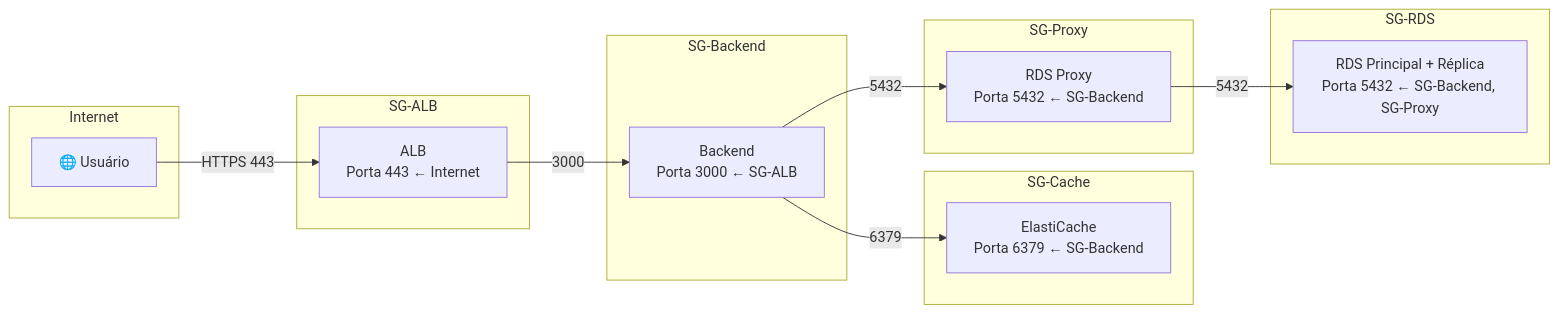
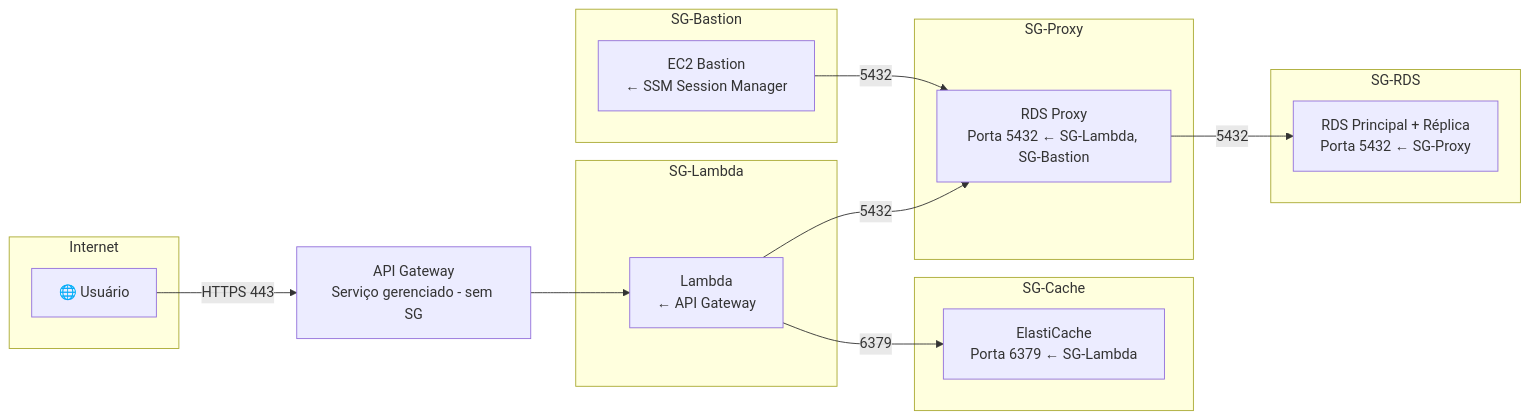
One commit to luizinhesta/Amazon_RDS_e_AWS_Backup changed the fourth of 4 diagrams in ARQUITETURA.md. Above: the diagram before and after it, drawn with Mermaid. The commit also changed other lines of this file and 8 other files, not shown here.

````diff
--- a/ARQUITETURA.md
+++ b/ARQUITETURA.md
@@ -254,32 +265,35 @@
 ```mermaid
 graph LR
     subgraph Internet
         User[🌐 Usuário]
     end
 
-    subgraph SG_ALB["SG-ALB"]
-        ALB[ALB<br/>Porta 443 ← Internet]
+    APIGW[API Gateway<br/>Serviço gerenciado - sem SG]
+
+    subgraph SG_Lambda["SG-Lambda"]
+        Lambda[Lambda<br/>← API Gateway]
     end
 
-    subgraph SG_Backend["SG-Backend"]
-        App[Backend<br/>Porta 3000 ← SG-ALB]
+    subgraph SG_Bastion["SG-Bastion"]
+        Bastion[EC2 Bastion<br/>← SSM Session Manager]
     end
 
     subgraph SG_Cache["SG-Cache"]
-        Redis[ElastiCache<br/>Porta 6379 ← SG-Backend]
+        Redis[ElastiCache<br/>Porta 6379 ← SG-Lambda]
     end
 
     subgraph SG_Proxy["SG-Proxy"]
-        Proxy[RDS Proxy<br/>Porta 5432 ← SG-Backend]
+        Proxy[RDS Proxy<br/>Porta 5432 ← SG-Lambda, SG-Bastion]
     end
 
     subgraph SG_RDS["SG-RDS"]
-        RDS[RDS Principal + Réplica<br/>Porta 5432 ← SG-Backend, SG-Proxy]
+        RDS[RDS Principal + Réplica<br/>Porta 5432 ← SG-Proxy]
     end
 
-    User -->|HTTPS 443| ALB
-    ALB -->|3000| App
-    App -->|6379| Redis
-    App -->|5432| Proxy
+    User -->|HTTPS 443| APIGW
+    APIGW --> Lambda
+    Lambda -->|6379| Redis
+    Lambda -->|5432| Proxy
+    Bastion -->|5432| Proxy
     Proxy -->|5432| RDS
 ```
````
